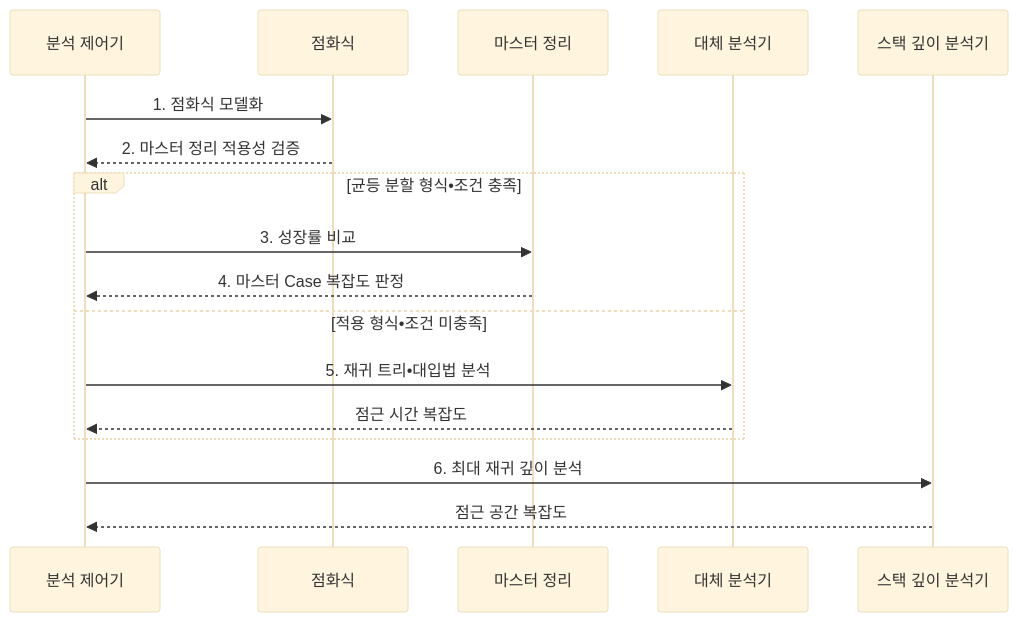
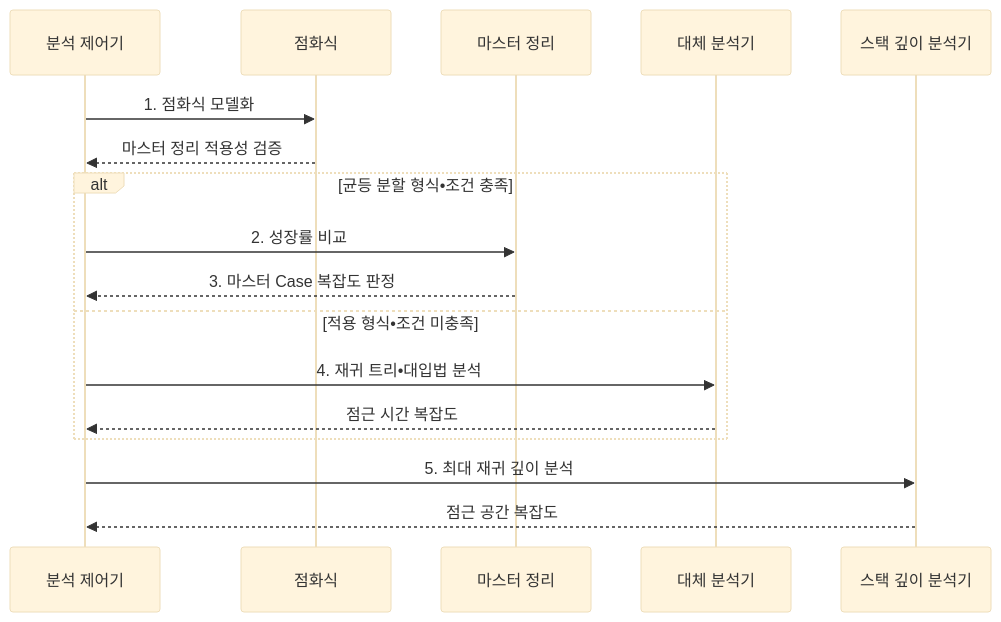
The second of 2 diagrams in src/content/docs/notes/01-basic-theory/058_recursive_algo_master.md (agnusdei1207/knowledge-base), drawn with Mermaid (base theme) before and after one commit. The commit also changed other lines of this file and 20 other files, not shown here.

````diff
--- a/src/content/docs/notes/01-basic-theory/058_recursive_algo_master.md
+++ b/src/content/docs/notes/01-basic-theory/058_recursive_algo_master.md
@@ -87,19 +85,19 @@
 ```mermaid
 sequenceDiagram
     participant C as 분석 제어기
     participant R as 점화식
     participant M as 마스터 정리
     participant A as 대체 분석기
     participant S as 스택 깊이 분석기
     C->>R: 1. 점화식 모델화
-    R-->>C: 2. 마스터 정리 적용성 검증
+    R-->>C: 마스터 정리 적용성 검증
     alt 균등 분할 형식•조건 충족
-        C->>M: 3. 성장률 비교
-        M-->>C: 4. 마스터 Case 복잡도 판정
+        C->>M: 2. 성장률 비교
+        M-->>C: 3. 마스터 Case 복잡도 판정
     else 적용 형식•조건 미충족
-        C->>A: 5. 재귀 트리•대입법 분석
+        C->>A: 4. 재귀 트리•대입법 분석
         A-->>C: 점근 시간 복잡도
     end
-    C->>S: 6. 최대 재귀 깊이 분석
+    C->>S: 5. 최대 재귀 깊이 분석
     S-->>C: 점근 공간 복잡도
 ```
````
